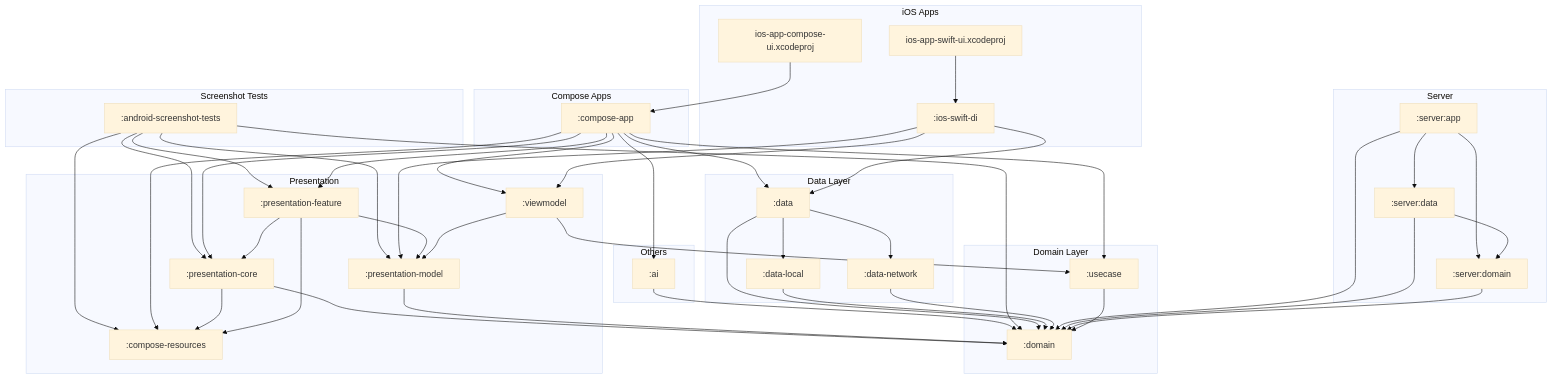
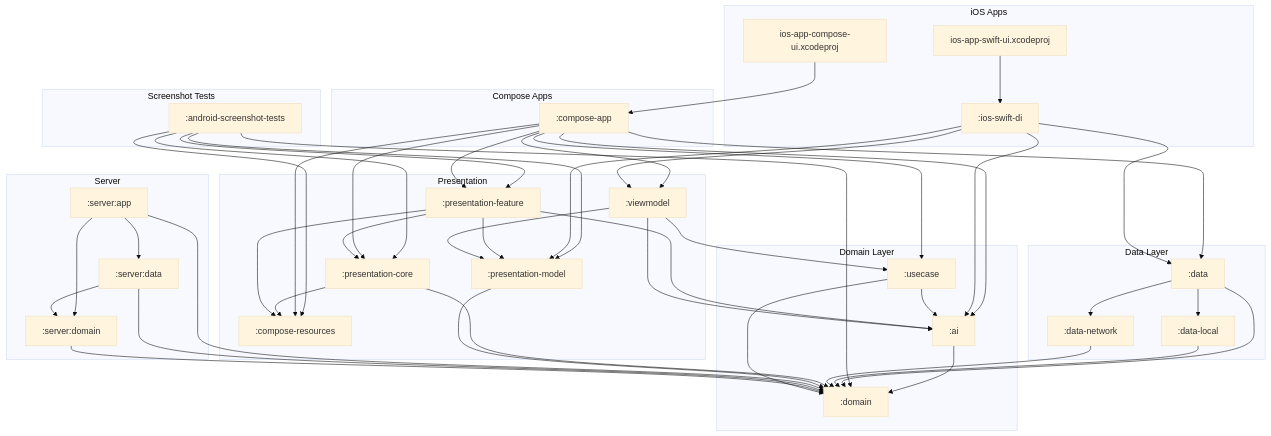
The diagram in docs/diagrams/full_system_structure.mmd (cartland/battery-butler), drawn with Mermaid (base theme) before and after one commit. The commit also changed 30 other files, not shown here.

```diff
--- a/docs/diagrams/full_system_structure.mmd
+++ b/docs/diagrams/full_system_structure.mmd
@@ -1,99 +1,100 @@
 graph TD
     subgraph "iOS Apps"
         IosSwiftDi[":ios-swift-di"]
         IosAppComposeUi.xcodeproj["ios-app-compose-ui.xcodeproj"]
         IosAppSwiftUi.xcodeproj["ios-app-swift-ui.xcodeproj"]
     end
 
     subgraph "Compose Apps"
         ComposeApp[":compose-app"]
     end
 
     subgraph "Server"
         ServerApp[":server:app"]
         ServerData[":server:data"]
         ServerDomain[":server:domain"]
     end
 
     subgraph "Presentation"
         ComposeResources[":compose-resources"]
         PresentationCore[":presentation-core"]
         PresentationFeature[":presentation-feature"]
         PresentationModel[":presentation-model"]
         Viewmodel[":viewmodel"]
     end
 
     subgraph "Domain Layer"
+        Ai[":ai"]
         Domain[":domain"]
         Usecase[":usecase"]
     end
 
     subgraph "Data Layer"
         Data[":data"]
         DataLocal[":data-local"]
         DataNetwork[":data-network"]
     end
 
     subgraph "Screenshot Tests"
         AndroidScreenshotTests[":android-screenshot-tests"]
-    end
-
-    subgraph "Others"
-        Ai[":ai"]
     end
 
     %% Dependencies
     Ai --> Domain
 
     AndroidScreenshotTests --> ComposeResources
     AndroidScreenshotTests --> Domain
     AndroidScreenshotTests --> PresentationCore
     AndroidScreenshotTests --> PresentationFeature
     AndroidScreenshotTests --> PresentationModel
 
     ComposeApp --> Ai
     ComposeApp --> ComposeResources
     ComposeApp --> Data
     ComposeApp --> PresentationCore
     ComposeApp --> PresentationFeature
     ComposeApp --> Usecase
     ComposeApp --> Viewmodel
 
     Data --> DataLocal
     Data --> DataNetwork
     Data --> Domain
 
     DataLocal --> Domain
 
     DataNetwork --> Domain
 
+    IosSwiftDi --> Ai
     IosSwiftDi --> Data
     IosSwiftDi --> PresentationModel
     IosSwiftDi --> Viewmodel
 
     PresentationCore --> ComposeResources
     PresentationCore --> Domain
 
+    PresentationFeature --> Ai
     PresentationFeature --> ComposeResources
     PresentationFeature --> PresentationCore
     PresentationFeature --> PresentationModel
 
     PresentationModel --> Domain
 
     ServerApp --> Domain
     ServerApp --> ServerData
     ServerApp --> ServerDomain
 
     ServerData --> Domain
     ServerData --> ServerDomain
 
     ServerDomain --> Domain
 
+    Usecase --> Ai
     Usecase --> Domain
 
+    Viewmodel --> Ai
     Viewmodel --> PresentationModel
     Viewmodel --> Usecase
 
     IosAppComposeUi.xcodeproj --> ComposeApp
 
     IosAppSwiftUi.xcodeproj --> IosSwiftDi
```
